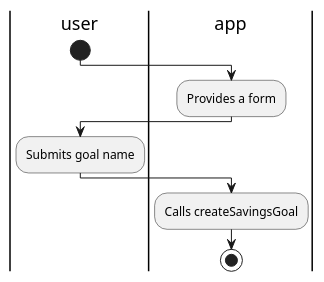
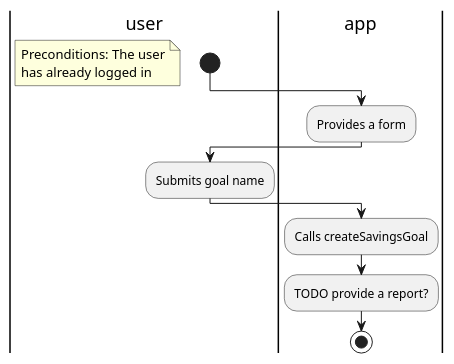
Before and after one commit to hristo-stefanov/MiniBankingDemo: the diagram in diagrams/Create Savings Goal Activity Diagram.puml, drawn with PlantUML. The commit also changed 3 other files, not shown here.

Commit message:
Refine diagrams

```diff
--- a/diagrams/Create Savings Goal Activity Diagram.puml
+++ b/diagrams/Create Savings Goal Activity Diagram.puml
@@ -1,15 +1,18 @@
 @startuml
 'https://plantuml.com/activity-diagram-beta
 
 |user|
 start
+floating note left: Preconditions: The user\n\
+has already logged in
 |app|
 :Provides a form;
 |user|
 :Submits goal name;
 |app|
 :Calls createSavingsGoal;
+:TODO provide a report?;
 
 stop
 
 @enduml
```
